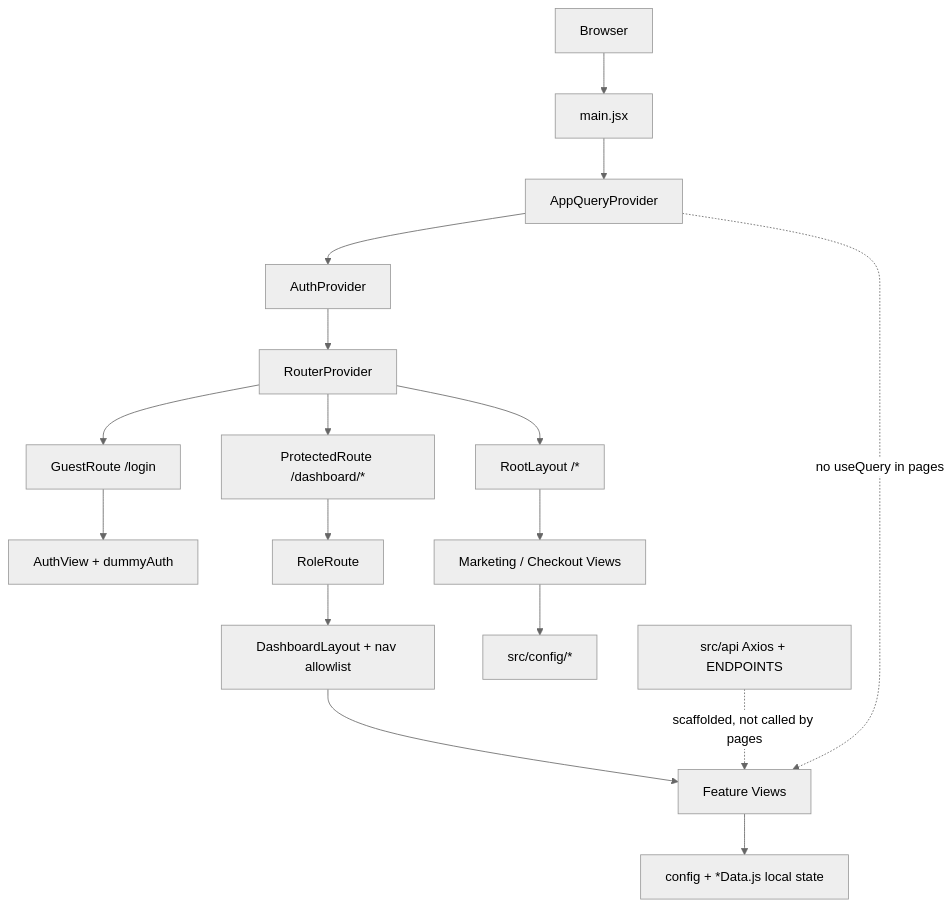
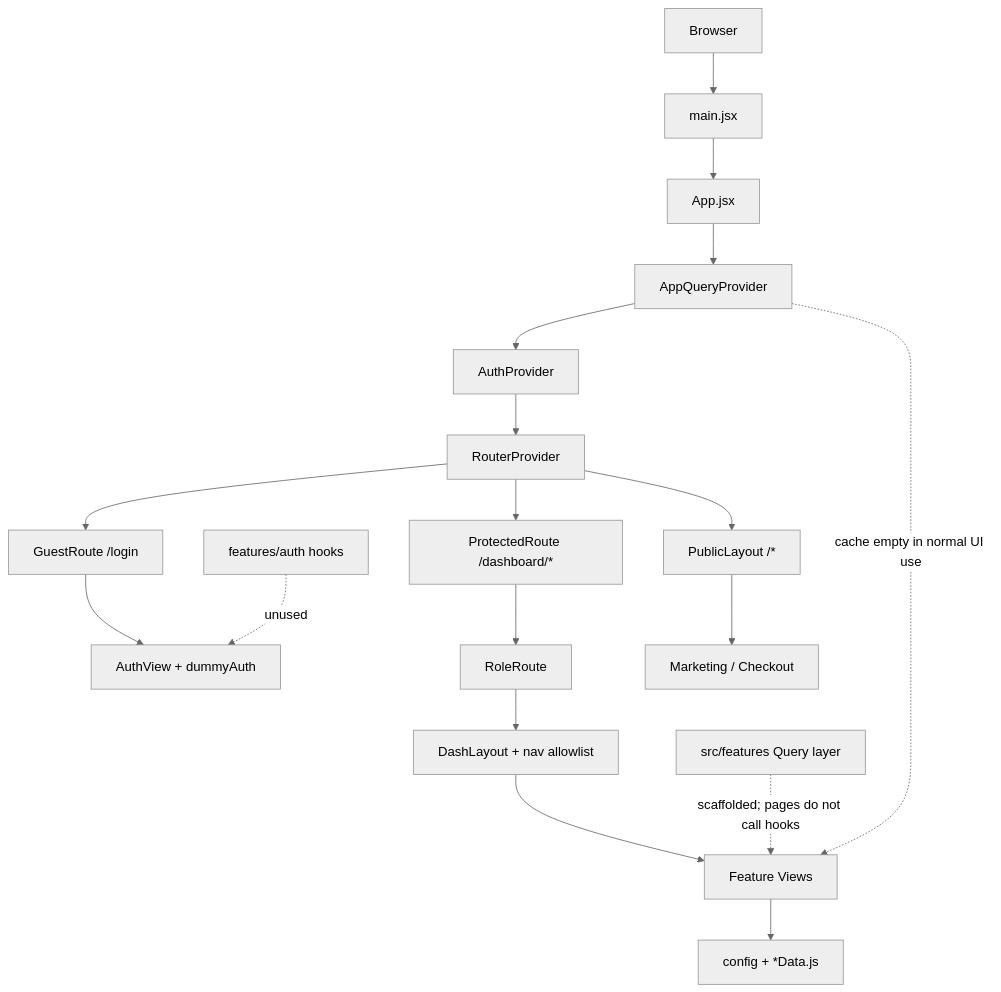
One commit to Mern-Unbeatable/diams_cli changed the diagram in doc/FRONTEND_E2E_ANALYSIS.md. Above: the diagram before and after it, drawn with Mermaid (neutral theme). The commit also changed other lines of this file, not shown here.

````diff
--- a/doc/FRONTEND_E2E_ANALYSIS.md
+++ b/doc/FRONTEND_E2E_ANALYSIS.md
@@ -160,19 +195,20 @@
 ```mermaid
 flowchart TD
   Browser --> Main["main.jsx"]
-  Main --> QP["AppQueryProvider"]
+  Main --> App["App.jsx"]
+  App --> QP["AppQueryProvider"]
   QP --> Auth["AuthProvider"]
   Auth --> Router["RouterProvider"]
   Router --> Guest["GuestRoute /login"]
   Router --> Prot["ProtectedRoute /dashboard/*"]
-  Router --> Public["RootLayout /*"]
+  Router --> Public["PublicLayout /*"]
   Guest --> AuthUI["AuthView + dummyAuth"]
   Prot --> Role["RoleRoute"]
-  Role --> Dash["DashboardLayout + nav allowlist"]
+  Role --> Dash["DashLayout + nav allowlist"]
   Dash --> Pages["Feature Views"]
-  Public --> Mkt["Marketing / Checkout Views"]
-  Pages --> Mock["config + *Data.js local state"]
-  Mkt --> Config["src/config/*"]
-  API["src/api Axios + ENDPOINTS"] -.->|"scaffolded, not called by pages"| Pages
-  QP -.->|"no useQuery in pages"| Pages
+  Public --> Mkt["Marketing / Checkout"]
+  Pages --> Mock["config + *Data.js"]
+  Feat["src/features Query layer"] -.->|"scaffolded; pages do not call hooks"| Pages
+  QP -.->|"cache empty in normal UI use"| Pages
+  AuthFeat["features/auth hooks"] -.->|"unused"| AuthUI
 ```
````
